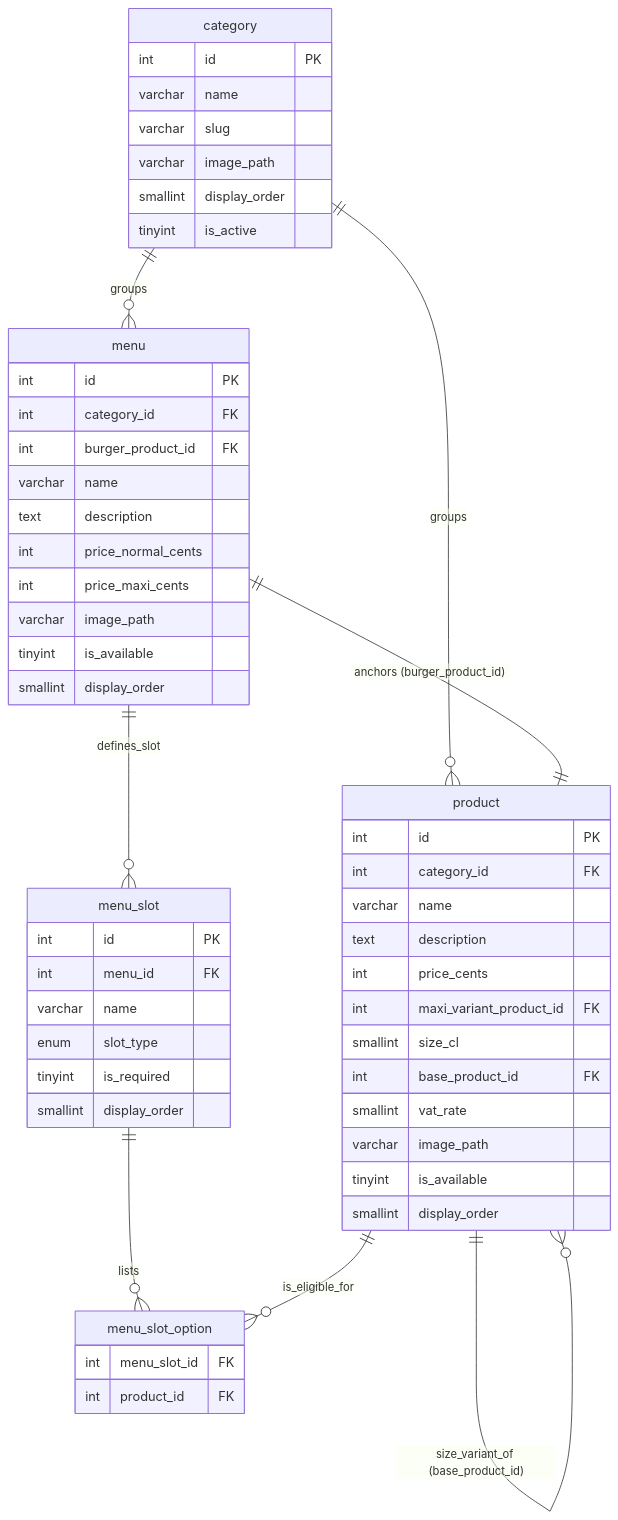
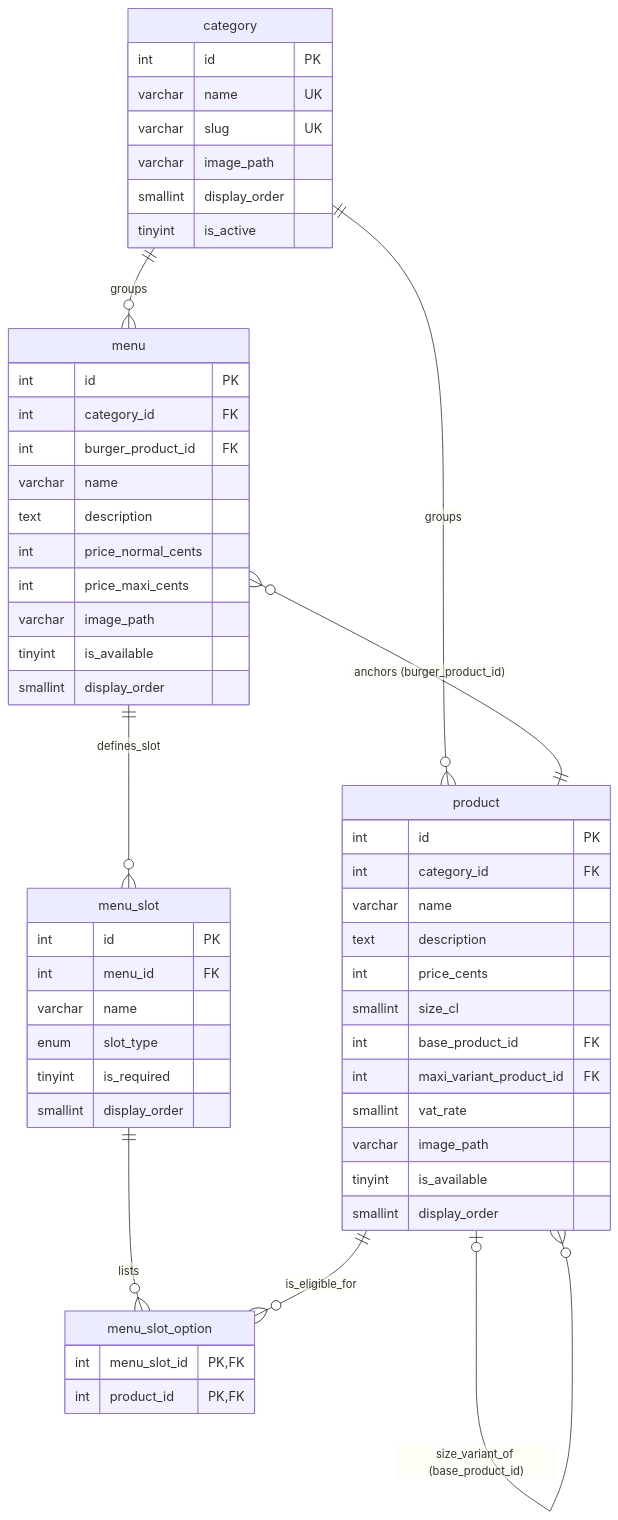
Before and after one commit to AcadeNice/wakdo_corentin: the first of 4 diagrams in docs/merise/mcd.md, drawn with Mermaid. The commit also changed other lines of this file and 30 other files, not shown here.

````diff
--- a/docs/merise/mcd.md
+++ b/docs/merise/mcd.md
@@ -98,58 +99,58 @@
 ```mermaid
 erDiagram
     category {
         int id PK
-        varchar name
-        varchar slug
+        varchar name UK
+        varchar slug UK
         varchar image_path
         smallint display_order
         tinyint is_active
     }
     product {
         int id PK
         int category_id FK
         varchar name
         text description
         int price_cents
-        int maxi_variant_product_id FK
         smallint size_cl
         int base_product_id FK
+        int maxi_variant_product_id FK
         smallint vat_rate
         varchar image_path
         tinyint is_available
         smallint display_order
     }
     menu {
         int id PK
         int category_id FK
         int burger_product_id FK
         varchar name
         text description
         int price_normal_cents
         int price_maxi_cents
         varchar image_path
         tinyint is_available
         smallint display_order
     }
     menu_slot {
         int id PK
         int menu_id FK
         varchar name
         enum slot_type
         tinyint is_required
         smallint display_order
     }
     menu_slot_option {
-        int menu_slot_id FK
-        int product_id FK
+        int menu_slot_id PK,FK
+        int product_id PK,FK
     }
 
     category ||--o{ product : "groups"
     category ||--o{ menu : "groups"
-    menu ||--|| product : "anchors (burger_product_id)"
-    product ||--o{ product : "maxi_variant (maxi_variant_product_id)"
-    product ||--o{ product : "size_variant_of (base_product_id)"
+    menu }o--|| product : "anchors (burger_product_id)"
+    product |o--o{ product : "maxi_variant (maxi_variant_product_id)"
+    product |o--o{ product : "size_variant_of (base_product_id)"
     menu ||--o{ menu_slot : "defines_slot"
     menu_slot ||--o{ menu_slot_option : "lists"
     product ||--o{ menu_slot_option : "is_eligible_for"
 ```
````
